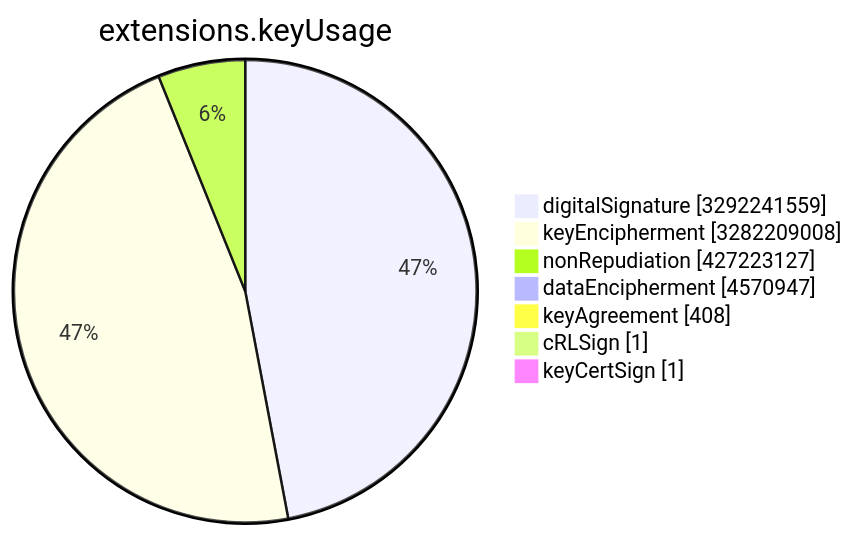
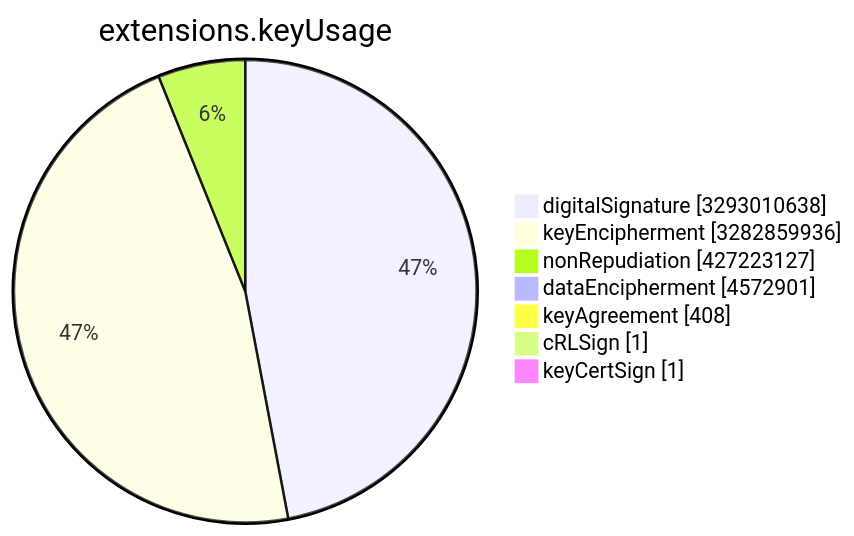
The sixth of 15 diagrams in TOTAL/README.md (christiankrug/ctmonitor_visualization), drawn with Mermaid before and after one commit. The commit also changed other lines of this file, not shown here.

````diff
--- a/TOTAL/README.md
+++ b/TOTAL/README.md
@@ -3078,11 +3078,11 @@
 ```mermaid
 pie showData
 title extensions.keyUsage
-"digitalSignature" :3292241559
-"keyEncipherment" :3282209008
+"digitalSignature" :3293010638
+"keyEncipherment" :3282859936
 "nonRepudiation" :427223127
-"dataEncipherment" :4570947
+"dataEncipherment" :4572901
 "keyAgreement" :408
 "cRLSign" :1
 "keyCertSign" :1
 ```
````
